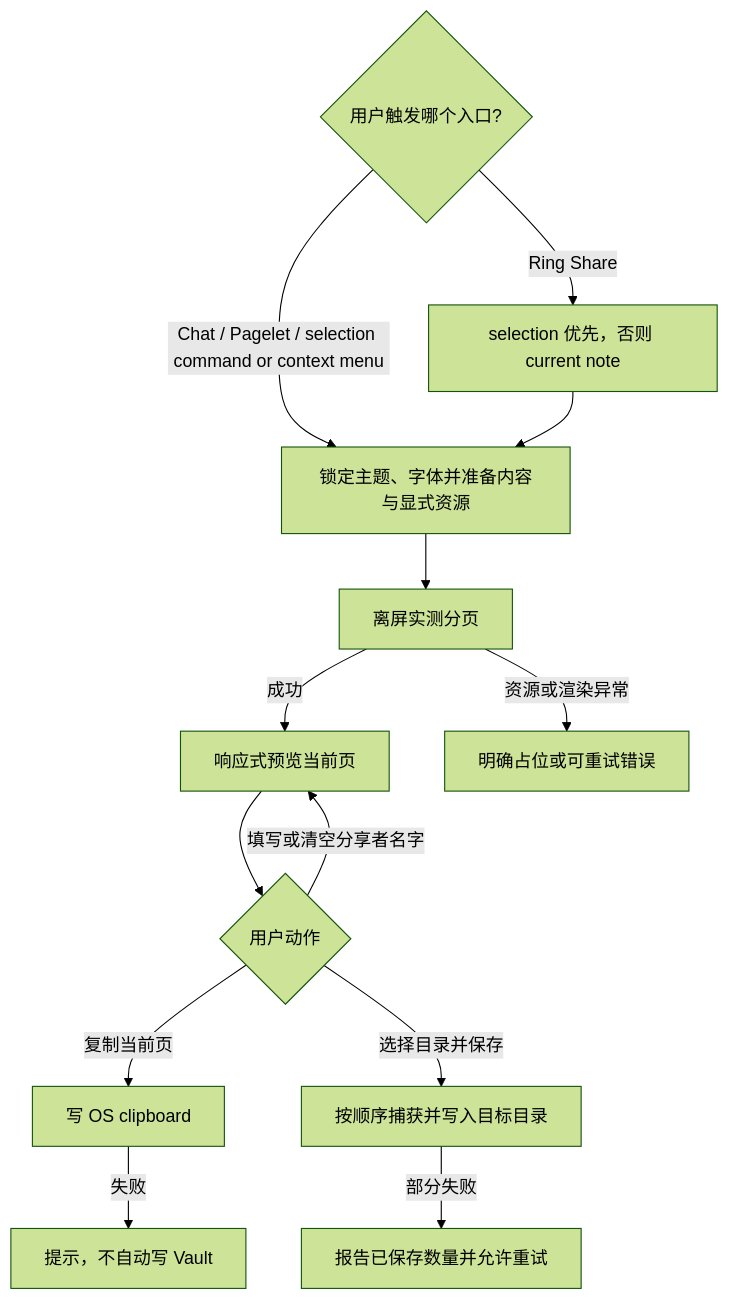
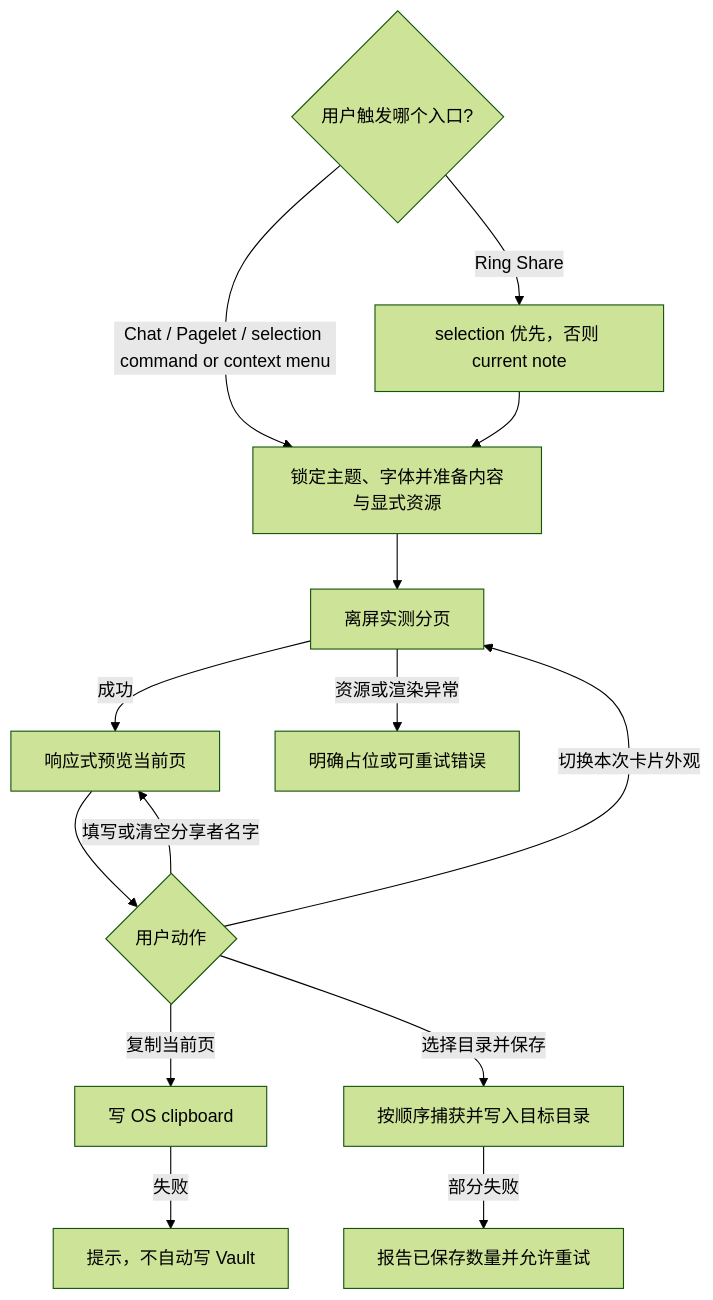
The diagram in docs/product/specs/pa-share-card-product-spec.md (edonyzpc/personal-assistant), drawn with Mermaid (forest theme) before and after one commit. The commit also changed other lines of this file and 11 other files, not shown here.

````diff
--- a/docs/product/specs/pa-share-card-product-spec.md
+++ b/docs/product/specs/pa-share-card-product-spec.md
@@ -240,16 +257,17 @@
 ```mermaid
 flowchart TD
   A{用户触发哪个入口?}
   A -->|Chat / Pagelet / selection command or context menu| B[锁定主题、字体并准备内容与显式资源]
   A -->|Ring Share| A1[selection 优先，否则 current note]
   A1 --> B
   B --> C[离屏实测分页]
   C -->|成功| D[响应式预览当前页]
   C -->|资源或渲染异常| E[明确占位或可重试错误]
   D --> F{用户动作}
   F -->|填写或清空分享者名字| D
+  F -->|切换本次卡片外观| C
   F -->|复制当前页| G[写 OS clipboard]
   F -->|选择目录并保存| H[按顺序捕获并写入目标目录]
   G -->|失败| I[提示，不自动写 Vault]
   H -->|部分失败| J[报告已保存数量并允许重试]
 ```
````
